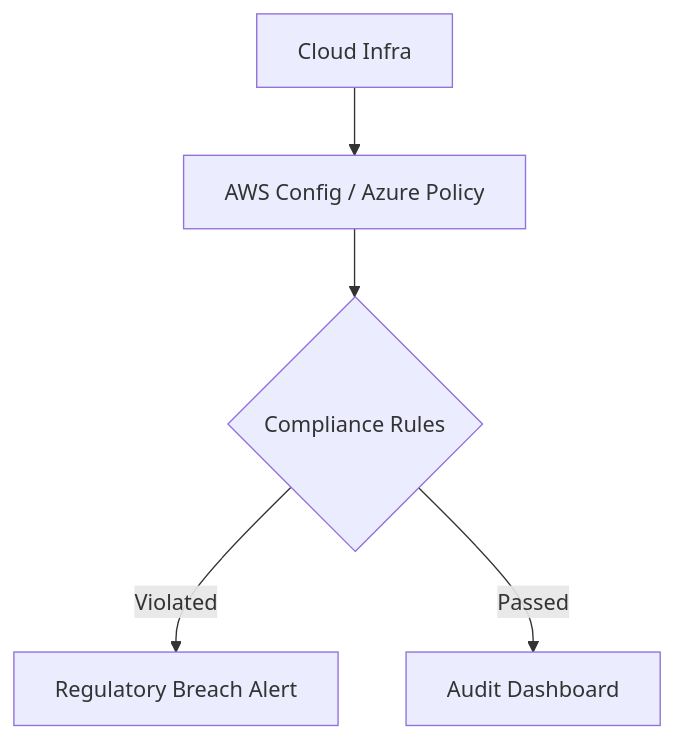
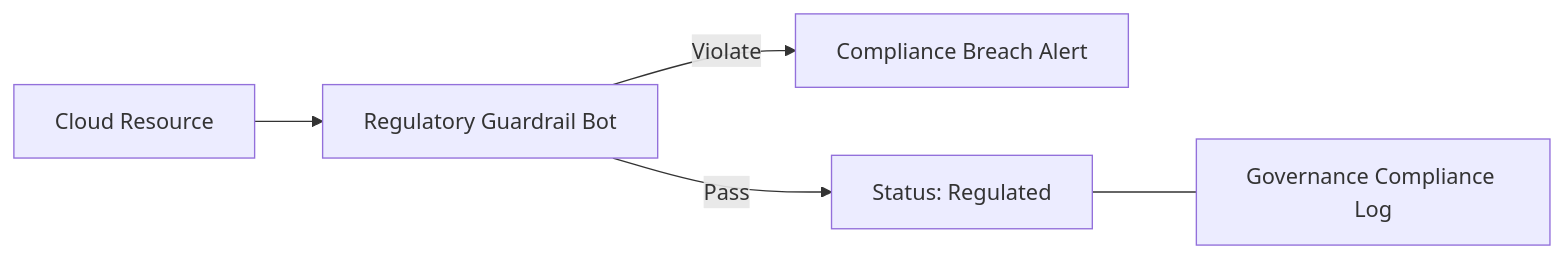
The sixth of 11 diagrams in README.md (Devopstrio/insurance-lz), drawn with Mermaid before and after one commit. The commit also changed other lines of this file, not shown here.

Commit message:
docs: implement 11+ professional architecture diagrams for insurance landing zone platform

````diff
--- a/README.md
+++ b/README.md
@@ -160,7 +152,7 @@
 ```mermaid
-graph TD
-    Infra[Cloud Infra] --> Config[AWS Config / Azure Policy]
-    Config --> Rules{Compliance Rules}
-    Rules -->|Violated| Alert[Regulatory Breach Alert]
-    Rules -->|Passed| Report[Audit Dashboard]
+graph LR
+    Resource["Cloud Resource"] --> Guard["Regulatory Guardrail Bot"]
+    Guard -->|Violate| Alert["Compliance Breach Alert"]
+    Guard -->|Pass| Verify["Status: Regulated"]
+    Verify --- Audit["Governance Compliance Log"]
 ```
````
